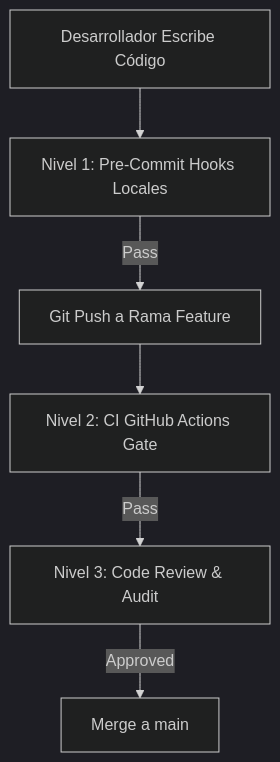
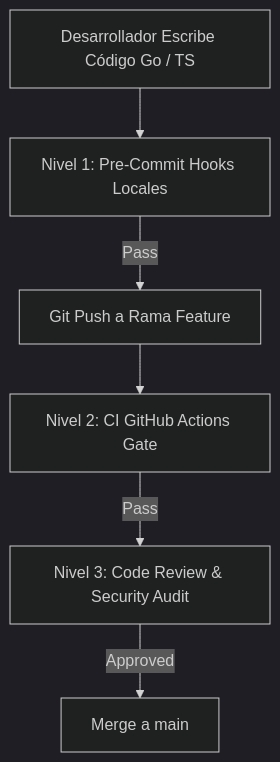
Before and after one commit to onlyone-ai-pods/aipods-core-engine: the diagram in specs/core/08_clean_code_and_security_linting_spec.md, drawn with Mermaid (dark theme). The commit also changed other lines of this file and 2 other files, not shown here.

First line of the commit message:
[IMP] specs: expand clean code and security linting for React frontend

````diff
--- a/specs/core/08_clean_code_and_security_linting_spec.md
+++ b/specs/core/08_clean_code_and_security_linting_spec.md
@@ -43,8 +55,8 @@
 ```mermaid
 graph TD
-    Dev[Desarrollador Escribe Código] --> Tier1[Nivel 1: Pre-Commit Hooks Locales]
+    Dev[Desarrollador Escribe Código Go / TS] --> Tier1[Nivel 1: Pre-Commit Hooks Locales]
     Tier1 -->|Pass| Push[Git Push a Rama Feature]
     Push --> Tier2[Nivel 2: CI GitHub Actions Gate]
-    Tier2 -->|Pass| Review[Nivel 3: Code Review & Audit]
+    Tier2 -->|Pass| Review[Nivel 3: Code Review & Security Audit]
     Review -->|Approved| Merge[Merge a main]
 ```
````
